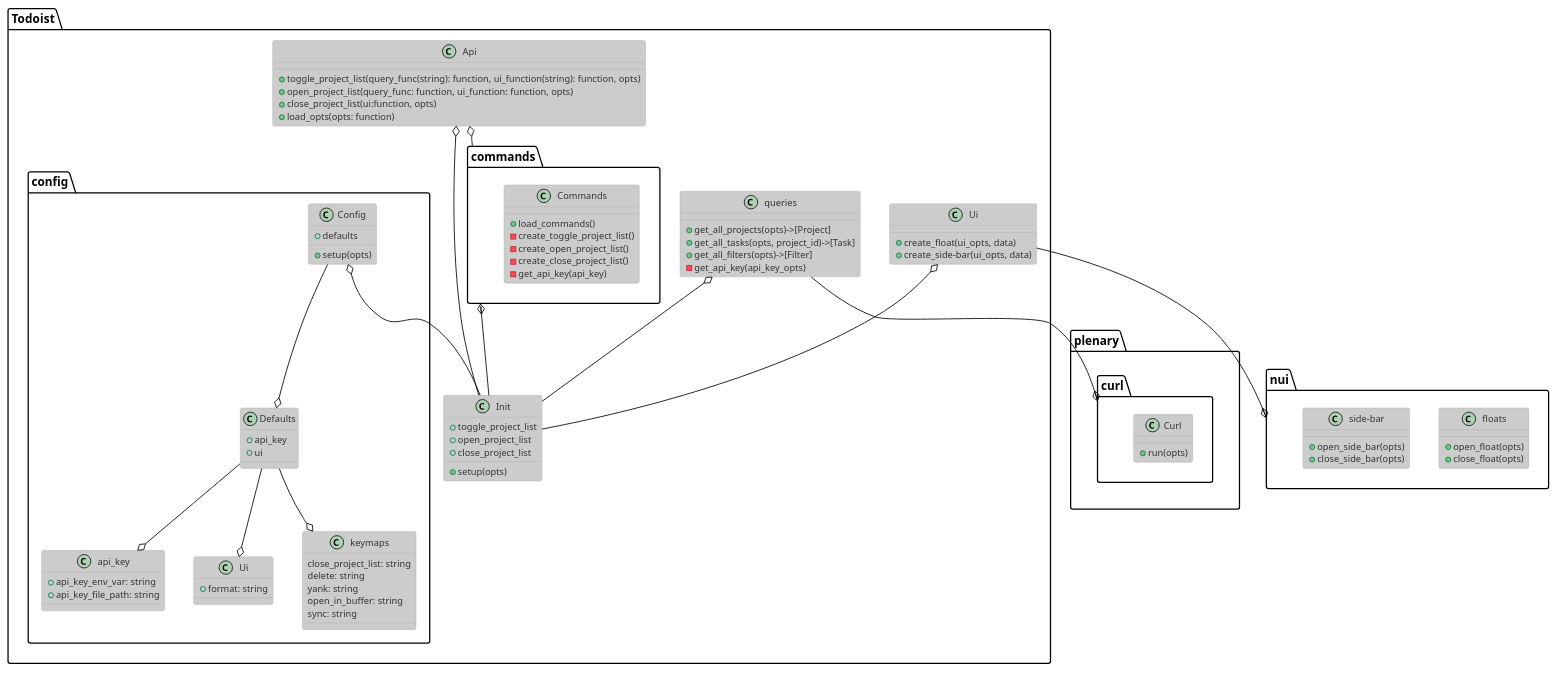
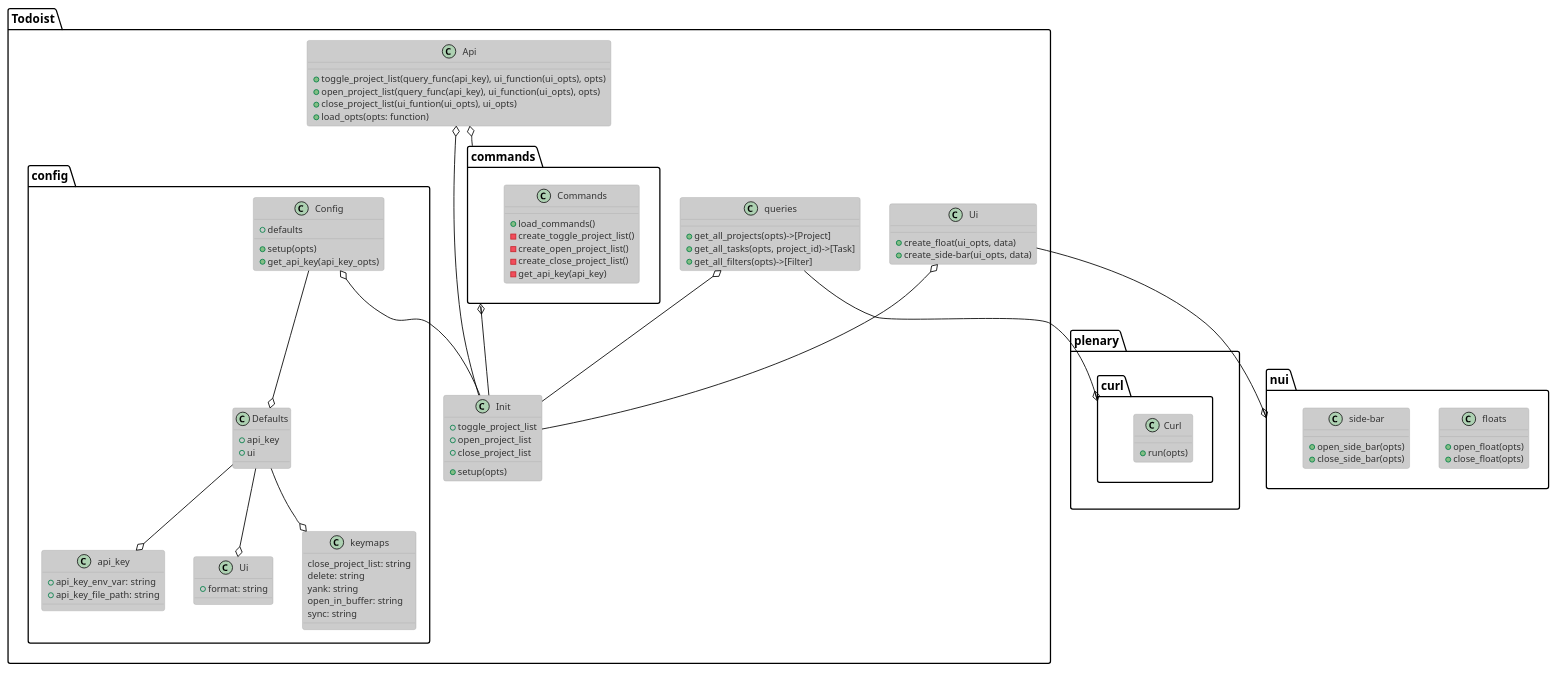
The diagram in todoist_neovim_plugin.puml (ca-mantis-shrimp/UML), drawn with PlantUML before and after one commit.

Commit message:
update some work to make it clean

```diff
--- a/todoist_neovim_plugin.puml
+++ b/todoist_neovim_plugin.puml
@@ -1,91 +1,91 @@
 @startuml
 !theme reddress-lightred
 package Todoist {
   class Init {
     +toggle_project_list
     +open_project_list
     +close_project_list
     +setup(opts)
   }
   class Api {
-    +toggle_project_list(query_func(string): function, ui_function(string): function, opts)
-    +open_project_list(query_func: function, ui_function: function, opts)
-    +close_project_list(ui:function, opts)
+    +toggle_project_list(query_func(api_key), ui_function(ui_opts), opts)
+    +open_project_list(query_func(api_key), ui_function(ui_opts), opts)
+    +close_project_list(ui_funtion(ui_opts), ui_opts)
     +load_opts(opts: function)
   }
   class queries {
     +get_all_projects(opts)->[Project]
     +get_all_tasks(opts, project_id)->[Task]
     +get_all_filters(opts)->[Filter]
-    -get_api_key(api_key_opts)
   }
   package config {
     class Config {
       +defaults 
       +setup(opts)
+      +get_api_key(api_key_opts)
     }
     class Defaults {
       +api_key
       +ui
     }
     class api_key {
       +api_key_env_var: string
       +api_key_file_path: string
     }
     class Ui {
       +format: string
     }
 
     class keymaps {
       close_project_list: string
       delete: string
       yank: string
       open_in_buffer: string
       sync: string
     }
     Config --o Defaults
     Defaults --o api_key
     Defaults --o keymaps
     Defaults --o Ui
   }
   package commands {
     class Commands {
       +load_commands()
       -create_toggle_project_list()
       -create_open_project_list()
       -create_close_project_list()
       -get_api_key(api_key)
     }
   }
   class Ui {
     +create_float(ui_opts, data)
     +create_side-bar(ui_opts, data)
   }
   Api o-- Init
   queries o-- Init 
   Ui o-- Init
   commands o-- Init
   Api o-- commands
   Config o-- Init
 }
 package plenary {
   package curl {
     class Curl {
       +run(opts)
     }
   }
 }
 
 package nui {
   class floats {
     +open_float(opts)
     +close_float(opts)
   }
   class side-bar {
     +open_side_bar(opts)
     +close_side_bar(opts)
   }
 }
 Todoist.queries --o plenary.curl
 Todoist.Ui --o nui
 @enduml
```
